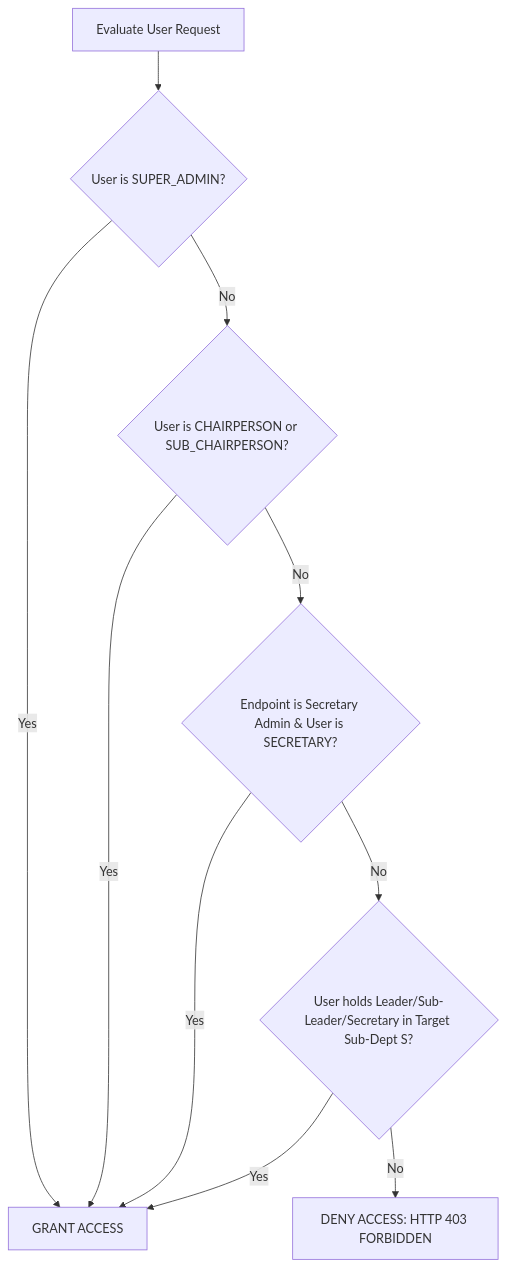
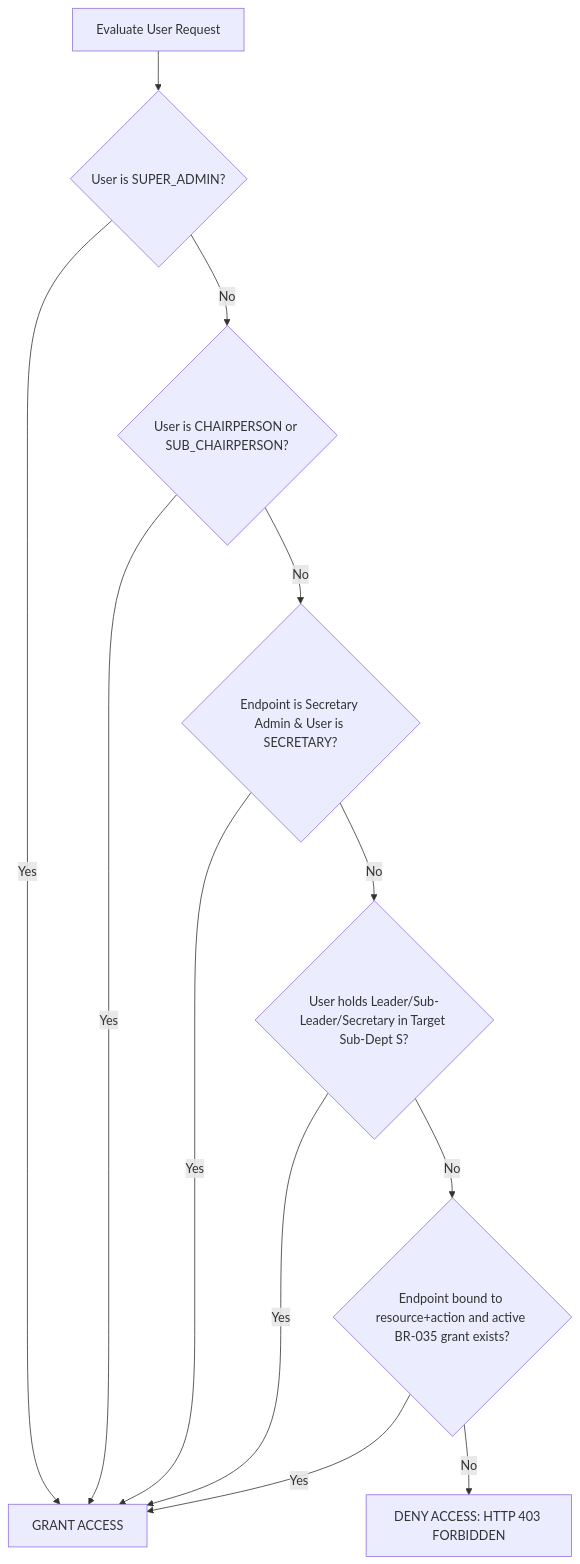
One commit to Hitsanat-Kfl/hitsanat changed the diagram in docs/backend/authorization.md. Above: the diagram before and after it, drawn with Mermaid. The commit also changed other lines of this file and 32 other files, not shown here.

````diff
--- a/docs/backend/authorization.md
+++ b/docs/backend/authorization.md
@@ -13,12 +13,14 @@
 ```mermaid
 flowchart TD
     Start[Evaluate User Request] --> CheckSuper{User is SUPER_ADMIN?}
     CheckSuper -- Yes --> Grant[GRANT ACCESS]
     CheckSuper -- No --> CheckChair{User is CHAIRPERSON or SUB_CHAIRPERSON?}
     CheckChair -- Yes --> Grant
     CheckChair -- No --> CheckSec{Endpoint is Secretary Admin & User is SECRETARY?}
     CheckSec -- Yes --> Grant
     CheckSec -- No --> CheckScope{User holds Leader/Sub-Leader/Secretary in Target Sub-Dept S?}
     CheckScope -- Yes --> Grant
-    CheckScope -- No --> Deny[DENY ACCESS: HTTP 403 FORBIDDEN]
+    CheckScope -- No --> CheckGrant{Endpoint bound to resource+action and active BR-035 grant exists?}
+    CheckGrant -- Yes --> Grant
+    CheckGrant -- No --> Deny[DENY ACCESS: HTTP 403 FORBIDDEN]
 ```
````
